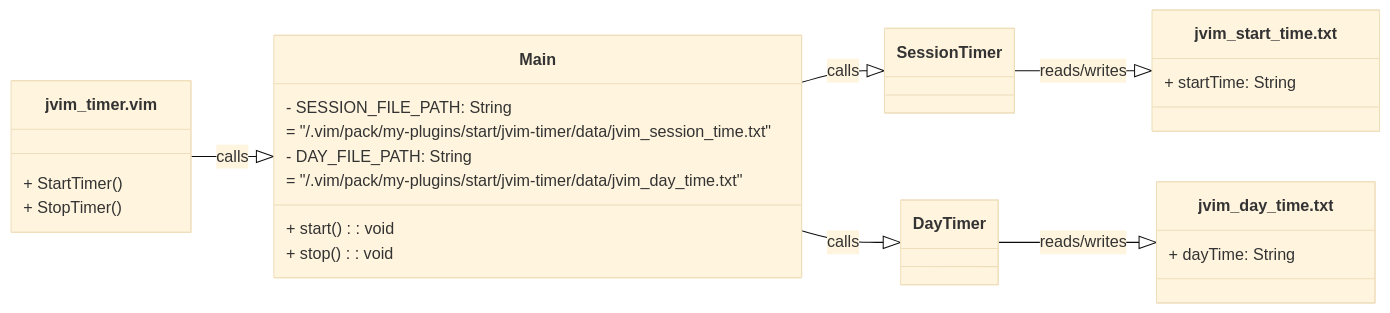
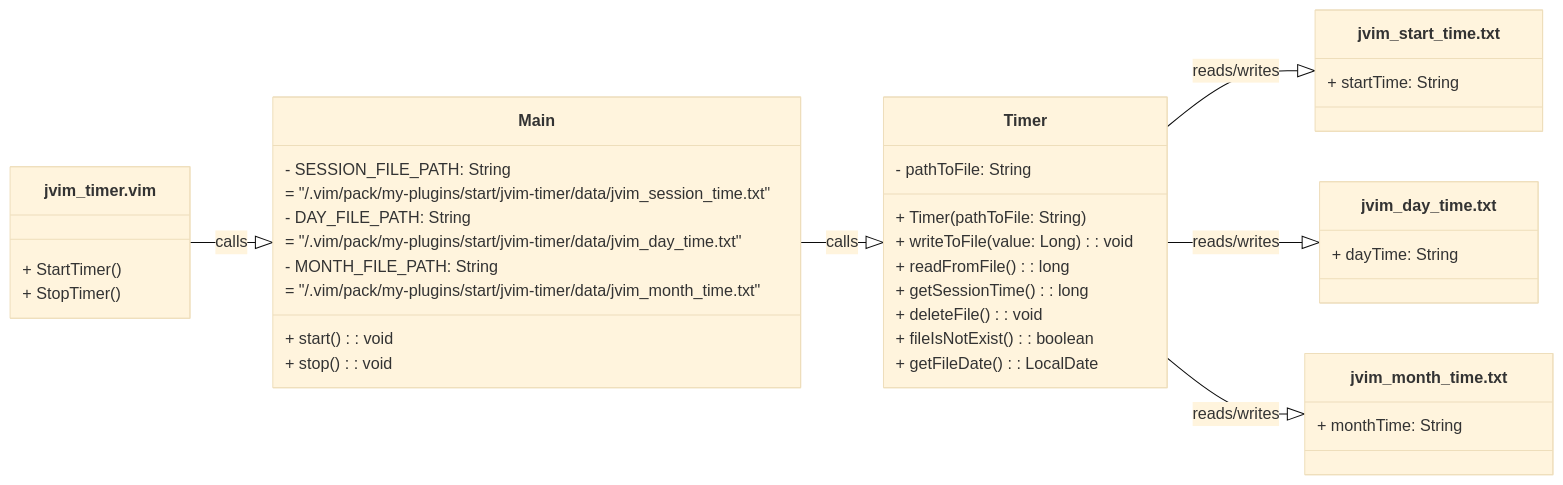
One commit to AlexandrAnatoliev/vim-config changed the first of 2 diagrams in pack/my-plugins/start/jvim-timer/README.md. Above: the diagram before and after it, drawn with Mermaid (base theme). The commit also changed other lines of this file and 6 other files, not shown here.

Commit message:
feat: update jvim-timer plugin to 0.2.4 version

````diff
--- a/pack/my-plugins/start/jvim-timer/README.md
+++ b/pack/my-plugins/start/jvim-timer/README.md
@@ -163,38 +130,49 @@
 ```mermaid
 classDiagram
   direction LR
   
   class jvim_timer.vim {
     + StartTimer()
     + StopTimer()
   }
 
   class Main {
     - SESSION_FILE_PATH: String 
       = "/.vim/pack/my-plugins/start/jvim-timer/data/jvim_session_time.txt"
     - DAY_FILE_PATH: String 
       = "/.vim/pack/my-plugins/start/jvim-timer/data/jvim_day_time.txt"
+    - MONTH_FILE_PATH: String  
+      = "/.vim/pack/my-plugins/start/jvim-timer/data/jvim_month_time.txt"
     + start(): void
     + stop(): void
   }
 
-  class SessionTimer {
-  }
-
-  class DayTimer {
+  class Timer {
+    - pathToFile: String
+    + Timer(pathToFile: String)
+    + writeToFile(value: Long): void
+    + readFromFile(): long
+    + getSessionTime(): long
+    + deleteFile(): void
+    + fileIsNotExist(): boolean
+    + getFileDate(): LocalDate
   }
 
   class jvim_start_time.txt {
     + startTime: String 
   }
 
   class jvim_day_time.txt {
     + dayTime: String
   }
 
+  class jvim_month_time.txt {
+    + monthTime: String
+  }
+
   jvim_timer.vim --|> Main : calls
-  Main --|> SessionTimer : calls
-  Main --|> DayTimer : calls
-  SessionTimer --|> jvim_start_time.txt : reads/writes
-  DayTimer --|> jvim_day_time.txt : reads/writes
+  Main --|> Timer : calls
+  Timer --|> jvim_start_time.txt : reads/writes
+  Timer --|> jvim_day_time.txt : reads/writes
+  Timer --|> jvim_month_time.txt : reads/writes
 ```
````
